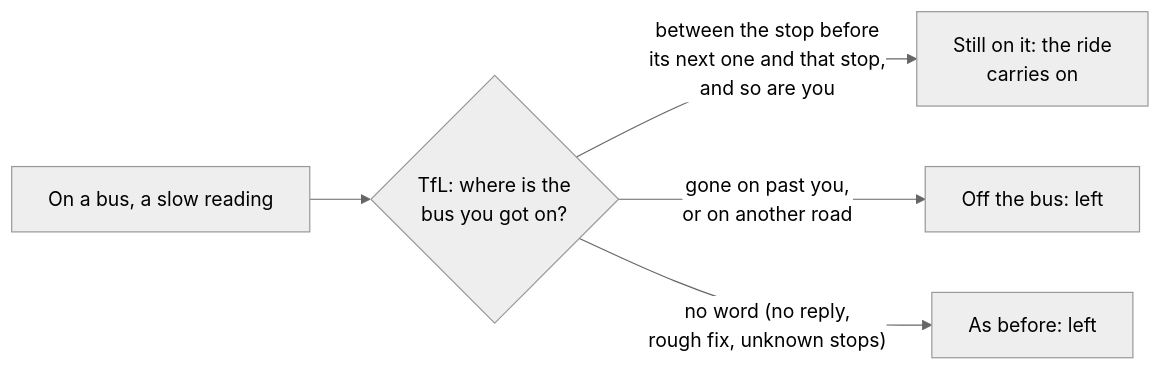
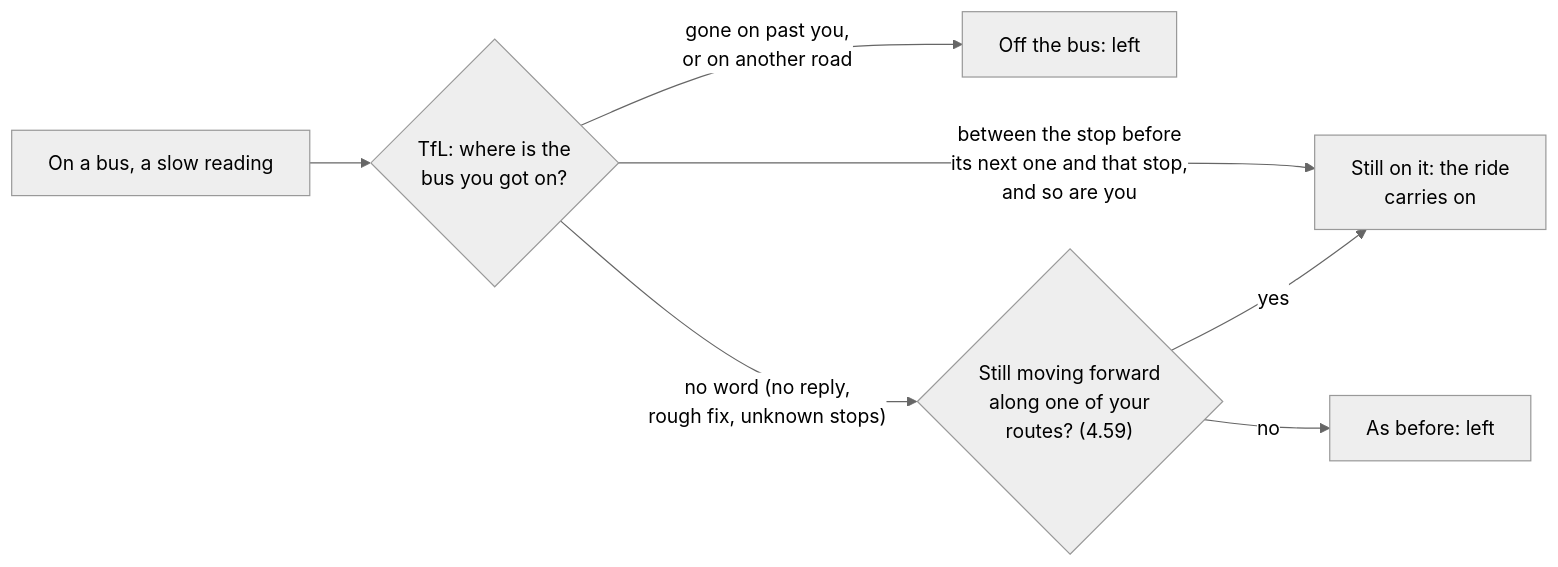
Before and after one commit to Pixxel123/bus-countdown: the sixth of 6 diagrams in docs/how-it-works.md, drawn with Mermaid (neutral theme). The commit also changed other lines of this file and 9 other files, not shown here.

First line of the commit message:
4.59: moving along your route keeps you on the bus without TfL

````diff
--- a/docs/how-it-works.md
+++ b/docs/how-it-works.md
@@ -165,7 +165,9 @@
 ```mermaid
 flowchart LR
     slow["On a bus, a slow reading"] --> ask{"TfL: where is the<br/>bus you got on?"}
     ask -->|"between the stop before<br/>its next one and that stop,<br/>and so are you"| on["Still on it: the ride<br/>carries on"]
     ask -->|"gone on past you,<br/>or on another road"| off["Off the bus: left"]
-    ask -->|"no word (no reply,<br/>rough fix, unknown stops)"| old["As before: left"]
+    ask -->|"no word (no reply,<br/>rough fix, unknown stops)"| route{"Still moving forward<br/>along one of your<br/>routes? (4.59)"}
+    route -->|yes| on
+    route -->|no| old["As before: left"]
 ```
````
